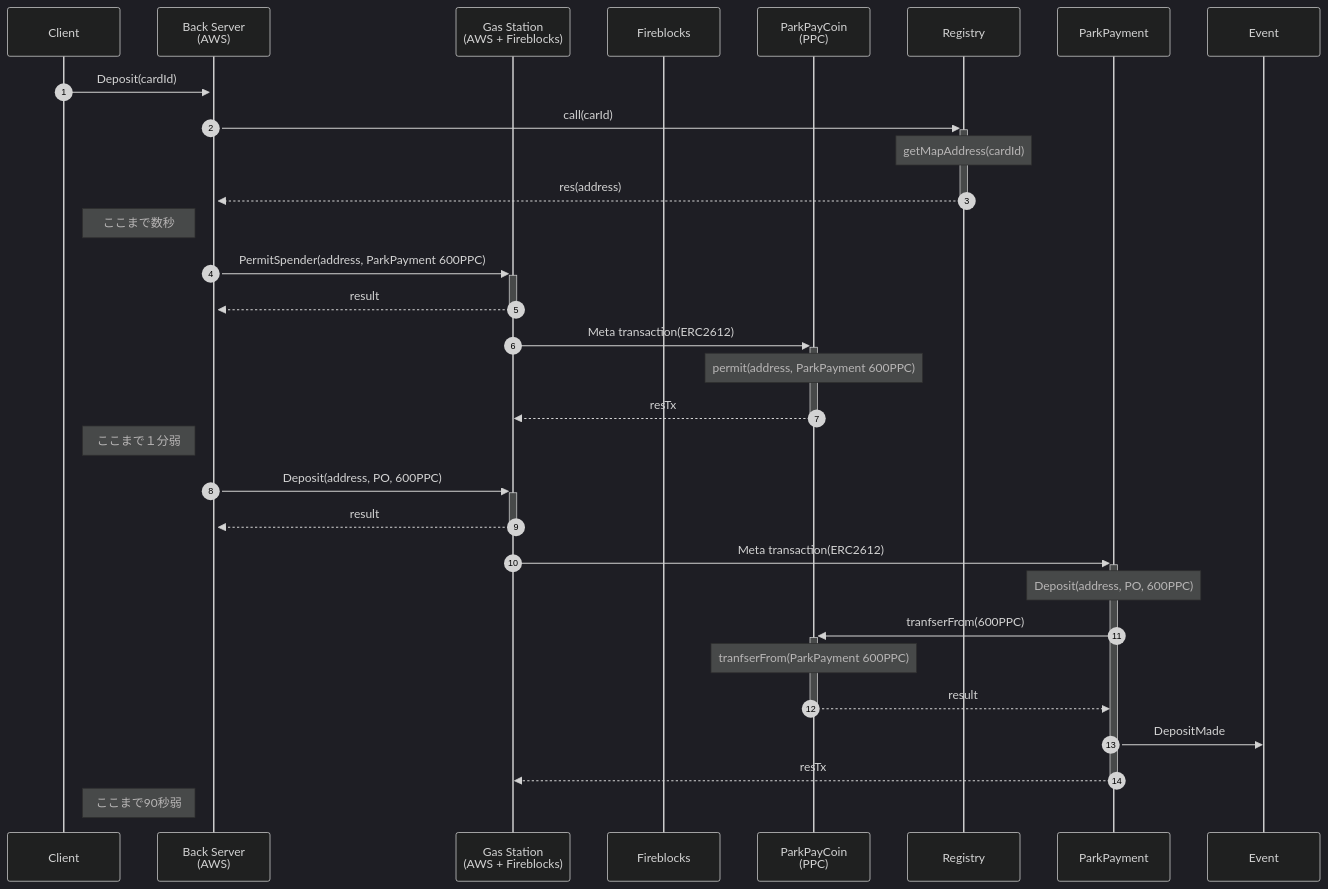
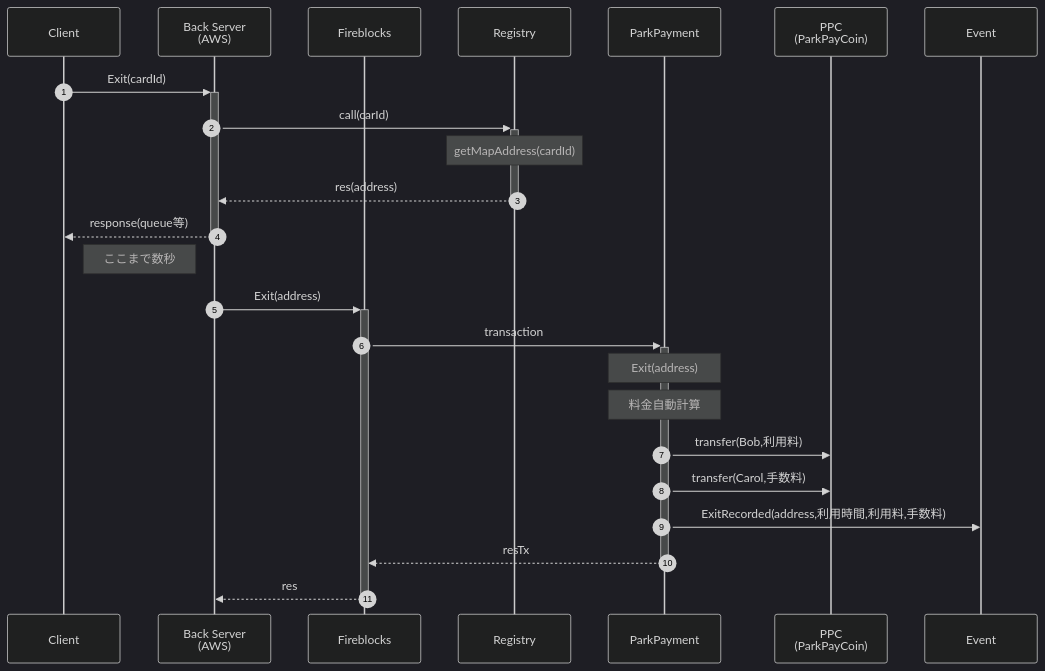
One commit to mahiroaug/ParkingPayment changed the diagram in architecture.md. Above: the diagram before and after it, drawn with Mermaid (dark theme). The commit also changed 1 other file, not shown here.

Commit message:
updage README

````diff
--- a/architecture.md
+++ b/architecture.md
@@ -1,41 +1,31 @@
 ```mermaid
 sequenceDiagram
 
     participant Client as Client
     participant Back as Back Server<br>(AWS)
-    participant GSN as Gas Station<br>(AWS + Fireblocks)
     participant FB as Fireblocks
-    participant PPC as ParkPayCoin<br>(PPC)
     participant Registry
     participant ParkPayment
+    participant PPC as PPC<br>(ParkPayCoin)
     participant Event
     autonumber
 
-    Client->>+Back: Deposit(cardId)
+    Client->>+Back: Exit(cardId)
     Back->>+Registry: call(carId)
     Note over Registry: getMapAddress(cardId)
     Registry-->>-Back: res(address)
+    Back-->>-Client: response(queue等)
 
     Note left of Back:ここまで数秒
 
-    Back->>+GSN: PermitSpender(address, ParkPayment 600PPC)
-    GSN-->>-Back: result
-    GSN->>+PPC: Meta transaction(ERC2612)
-    Note over PPC: permit(address, ParkPayment 600PPC)
-    PPC-->>-GSN: resTx
-
-    Note left of Back:ここまで１分弱
-
-    Back->>+GSN: Deposit(address, PO, 600PPC)
-    GSN-->>-Back: result
-    GSN->>+ParkPayment: Meta transaction(ERC2612)
-    Note over ParkPayment: Deposit(address, PO, 600PPC)
-    ParkPayment->>+PPC: tranfserFrom(600PPC)
-    Note over PPC: tranfserFrom(ParkPayment 600PPC)
-    PPC-->>-ParkPayment: result
-    ParkPayment->>Event: DepositMade
-    ParkPayment-->>-GSN: resTx
-
-    Note left of Back:ここまで90秒弱
+    Back->>+FB: Exit(address)
+    FB->>+ParkPayment: transaction
+    Note over ParkPayment: Exit(address)
+    Note over ParkPayment: 料金自動計算
+    ParkPayment->>PPC: transfer(Bob,利用料)
+    ParkPayment->>PPC: transfer(Carol,手数料)
+    ParkPayment->>Event: ExitRecorded(address,利用時間,利用料,手数料)
+    ParkPayment-->>-FB: resTx
+    FB-->>-Back: res
 
 ```
````
